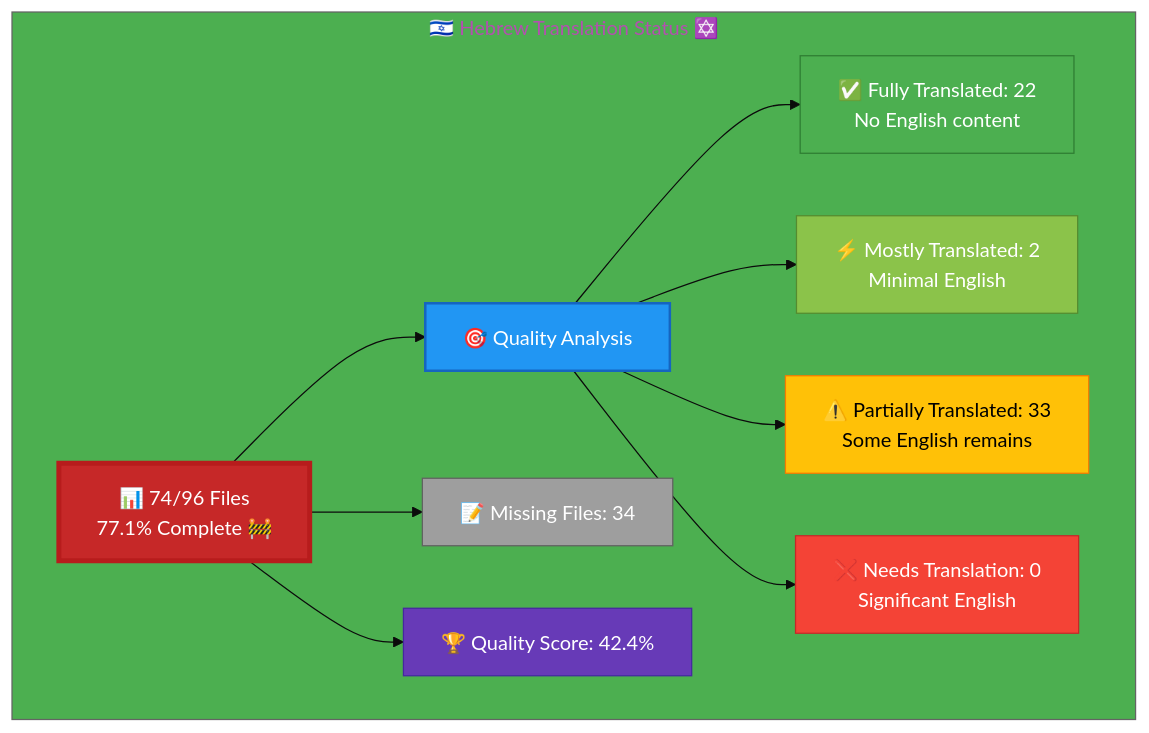
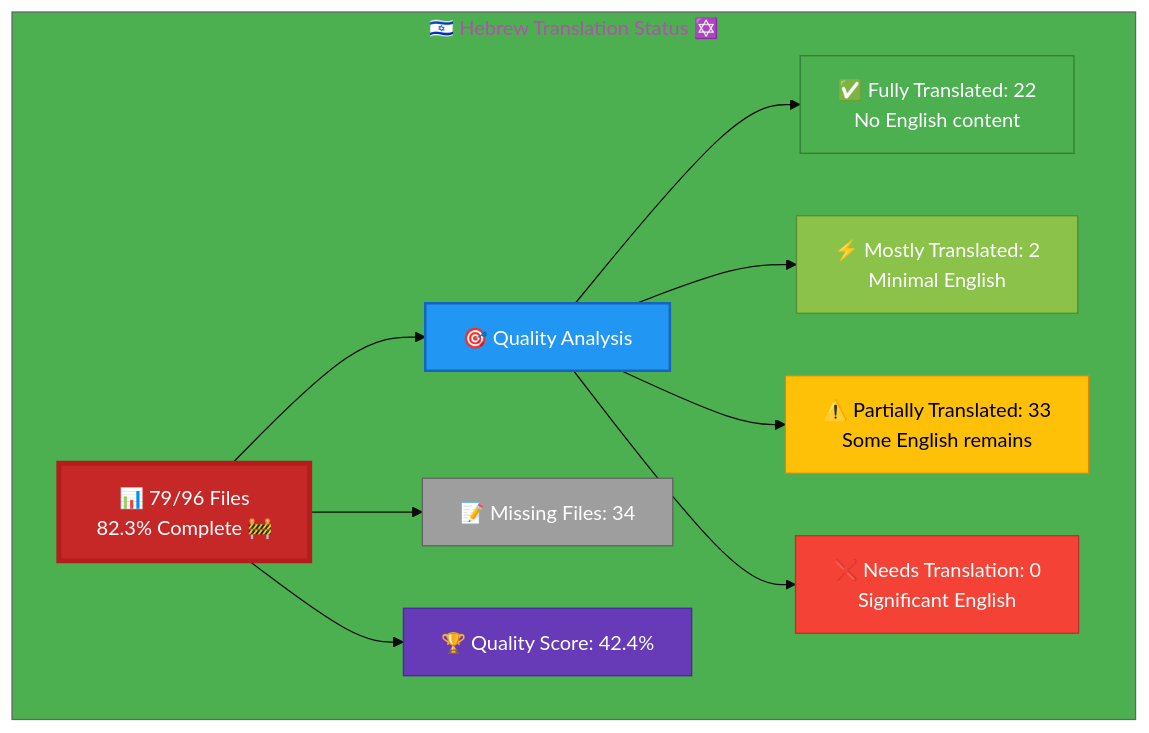
One commit to Hack23/homepage changed the diagram in Hebrew-Translation-Status.md. Above: the diagram before and after it, drawn with Mermaid. The commit also changed other lines of this file, not shown here.

````diff
--- a/Hebrew-Translation-Status.md
+++ b/Hebrew-Translation-Status.md
@@ -13,26 +13,26 @@
 ```mermaid
 %%{init: {'theme':'base', 'themeVariables': {'primaryColor':'#C62828','secondaryColor':'#2196F3','tertiaryColor':'#4CAF50','fontSize':'16px'}}}%%
 graph TB
     subgraph "🇮🇱 Hebrew Translation Status ✡️"
-        A["📊 74/96 Files<br/>77.1% Complete 🚧"]
+        A["📊 79/96 Files<br/>82.3% Complete 🚧"]
         
         A --> B["🎯 Quality Analysis"]
         B --> C["✅ Fully Translated: 22<br/>No English content"]
         B --> D["⚡ Mostly Translated: 2<br/>Minimal English"]
         B --> E["⚠️  Partially Translated: 33<br/>Some English remains"]
         B --> F["❌ Needs Translation: 0<br/>Significant English"]
         
         A --> G["📝 Missing Files: 34"]
         
         A --> H["🏆 Quality Score: 42.4%"]
         
         style A fill:#C62828,stroke:#B71C1C,color:#fff,stroke-width:4px
         style B fill:#2196F3,stroke:#1565C0,color:#fff,stroke-width:2px
         style C fill:#4CAF50,stroke:#2E7D32,color:#fff
         style D fill:#8BC34A,stroke:#558B2F,color:#fff
         style E fill:#FFC107,stroke:#F57C00,color:#000
         style F fill:#F44336,stroke:#C62828,color:#fff
         style G fill:#9E9E9E,stroke:#616161,color:#fff
         style H fill:#673AB7,stroke:#4527A0,color:#fff
     end
 ```
````
